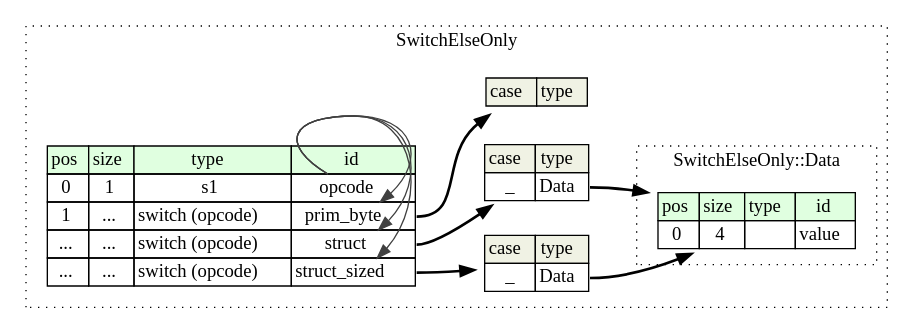
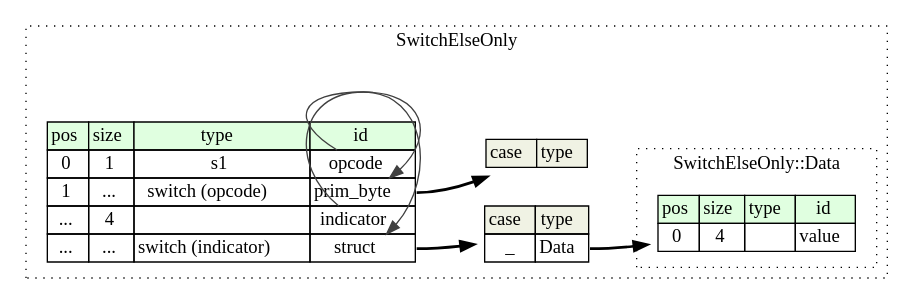
Before and after one commit to kaitai-io/ci_targets: the diagram in compiled/graphviz/switch_else_only.dot, drawn with Graphviz. The commit also changed 17 other files, not shown here.

```diff
--- a/compiled/graphviz/switch_else_only.dot
+++ b/compiled/graphviz/switch_else_only.dot
@@ -1,44 +1,37 @@
 digraph {
 	rankdir=LR;
 	node [shape=plaintext];
 	subgraph cluster__switch_else_only {
 		label="SwitchElseOnly";
 		graph[style=dotted];
 
 		switch_else_only__seq [label=<<TABLE BORDER="0" CELLBORDER="1" CELLSPACING="0">
 			<TR><TD BGCOLOR="#E0FFE0">pos</TD><TD BGCOLOR="#E0FFE0">size</TD><TD BGCOLOR="#E0FFE0">type</TD><TD BGCOLOR="#E0FFE0">id</TD></TR>
 			<TR><TD PORT="opcode_pos">0</TD><TD PORT="opcode_size">1</TD><TD>s1</TD><TD PORT="opcode_type">opcode</TD></TR>
 			<TR><TD PORT="prim_byte_pos">1</TD><TD PORT="prim_byte_size">...</TD><TD>switch (opcode)</TD><TD PORT="prim_byte_type">prim_byte</TD></TR>
-			<TR><TD PORT="struct_pos">...</TD><TD PORT="struct_size">...</TD><TD>switch (opcode)</TD><TD PORT="struct_type">struct</TD></TR>
-			<TR><TD PORT="struct_sized_pos">...</TD><TD PORT="struct_sized_size">...</TD><TD>switch (opcode)</TD><TD PORT="struct_sized_type">struct_sized</TD></TR>
+			<TR><TD PORT="indicator_pos">...</TD><TD PORT="indicator_size">4</TD><TD></TD><TD PORT="indicator_type">indicator</TD></TR>
+			<TR><TD PORT="struct_pos">...</TD><TD PORT="struct_size">...</TD><TD>switch (indicator)</TD><TD PORT="struct_type">struct</TD></TR>
 		</TABLE>>];
 switch_else_only__seq_prim_byte_switch [label=<<TABLE BORDER="0" CELLBORDER="1" CELLSPACING="0">
 	<TR><TD BGCOLOR="#F0F2E4">case</TD><TD BGCOLOR="#F0F2E4">type</TD></TR>
 </TABLE>>];
 switch_else_only__seq_struct_switch [label=<<TABLE BORDER="0" CELLBORDER="1" CELLSPACING="0">
-	<TR><TD BGCOLOR="#F0F2E4">case</TD><TD BGCOLOR="#F0F2E4">type</TD></TR>
-	<TR><TD>_</TD><TD PORT="case0">Data</TD></TR>
-</TABLE>>];
-switch_else_only__seq_struct_sized_switch [label=<<TABLE BORDER="0" CELLBORDER="1" CELLSPACING="0">
 	<TR><TD BGCOLOR="#F0F2E4">case</TD><TD BGCOLOR="#F0F2E4">type</TD></TR>
 	<TR><TD>_</TD><TD PORT="case0">Data</TD></TR>
 </TABLE>>];
 		subgraph cluster__data {
 			label="SwitchElseOnly::Data";
 			graph[style=dotted];
 
 			data__seq [label=<<TABLE BORDER="0" CELLBORDER="1" CELLSPACING="0">
 				<TR><TD BGCOLOR="#E0FFE0">pos</TD><TD BGCOLOR="#E0FFE0">size</TD><TD BGCOLOR="#E0FFE0">type</TD><TD BGCOLOR="#E0FFE0">id</TD></TR>
 				<TR><TD PORT="value_pos">0</TD><TD PORT="value_size">4</TD><TD></TD><TD PORT="value_type">value</TD></TR>
 			</TABLE>>];
 		}
 	}
 	switch_else_only__seq:prim_byte_type -> switch_else_only__seq_prim_byte_switch [style=bold];
 	switch_else_only__seq:opcode_type -> switch_else_only__seq:prim_byte_type [color="#404040"];
 	switch_else_only__seq:struct_type -> switch_else_only__seq_struct_switch [style=bold];
 	switch_else_only__seq_struct_switch:case0 -> data__seq [style=bold];
-	switch_else_only__seq:opcode_type -> switch_else_only__seq:struct_type [color="#404040"];
-	switch_else_only__seq:struct_sized_type -> switch_else_only__seq_struct_sized_switch [style=bold];
-	switch_else_only__seq_struct_sized_switch:case0 -> data__seq [style=bold];
-	switch_else_only__seq:opcode_type -> switch_else_only__seq:struct_sized_type [color="#404040"];
+	switch_else_only__seq:indicator_type -> switch_else_only__seq:struct_type [color="#404040"];
 }
```
